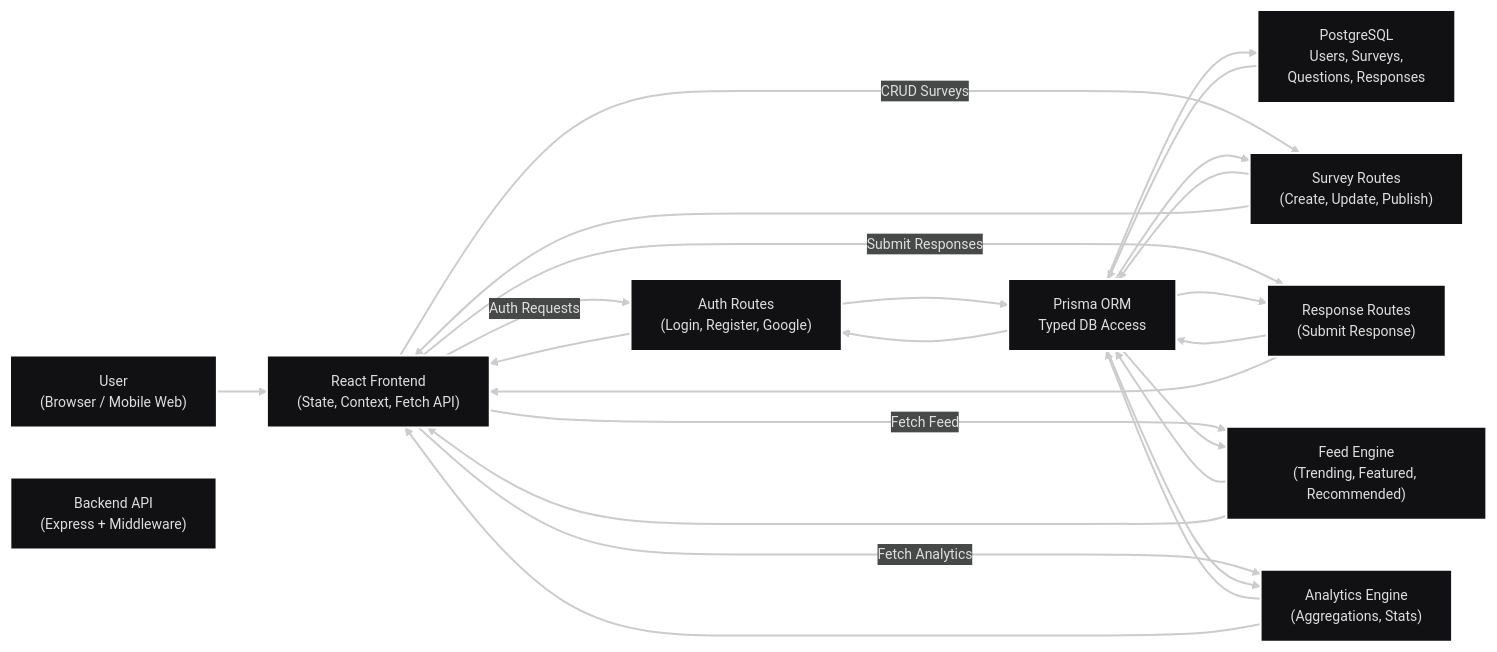
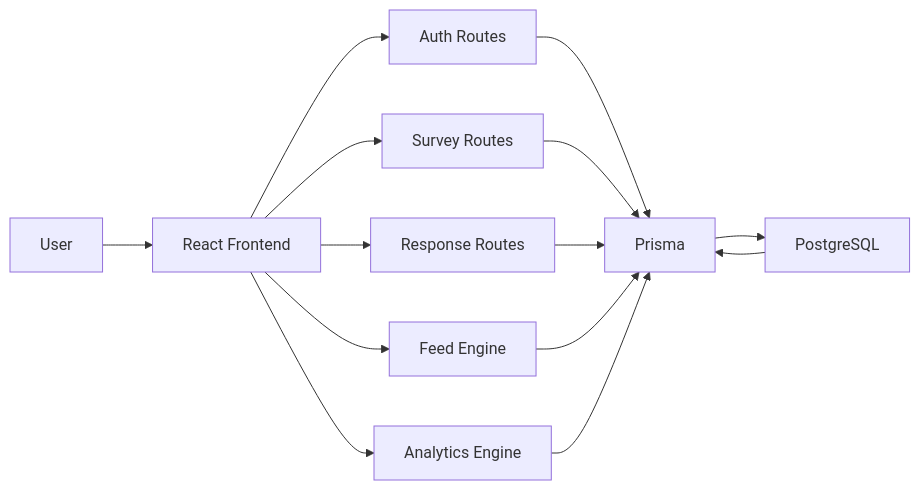
Before and after one commit to MrCh0p808/StatWoX: the eighth of 9 diagrams in README.md, drawn with Mermaid. The commit also changed other lines of this file, not shown here.

````diff
--- a/README.md
+++ b/README.md
@@ -472,21 +494,16 @@
 ```mermaid
----
-config:
-  theme: redux-dark
----
 flowchart LR
-    U["User<br>(Browser / Mobile Web)"] --> UI["React Frontend<br>(State, Context, Fetch API)"]
-    UI -- Auth Requests --> Auth["Auth Routes<br>(Login, Register, Google)"]
-    UI -- CRUD Surveys --> Survey["Survey Routes<br>(Create, Update, Publish)"]
-    UI -- Submit Responses --> ResponseR["Response Routes<br>(Submit Response)"]
-    UI -- Fetch Feed --> Feed["Feed Engine<br>(Trending, Featured, Recommended)"]
-    UI -- Fetch Analytics --> Analytics["Analytics Engine<br>(Aggregations, Stats)"]
-    Auth --> Prisma["Prisma ORM<br>Typed DB Access"] & UI
-    Survey --> Prisma & UI
-    ResponseR --> Prisma & UI
-    Feed --> Prisma & UI
-    Analytics --> Prisma & UI
-    Prisma --> DB["PostgreSQL<br>Users, Surveys,<br>Questions, Responses"] & Auth & Survey & ResponseR & Feed & Analytics
+    U["User"] --> UI["React Frontend"]
+    UI --> Auth["Auth Routes"]
+    UI --> Survey["Survey Routes"]
+    UI --> ResponseR["Response Routes"]
+    UI --> Feed["Feed Engine"]
+    UI --> Analytics["Analytics Engine"]
+    Auth --> Prisma
+    Survey --> Prisma
+    ResponseR --> Prisma
+    Feed --> Prisma
+    Analytics --> Prisma
+    Prisma --> DB["PostgreSQL"]
     DB --> Prisma
-    API["Backend API<br>(Express + Middleware)"]
 ```
````
